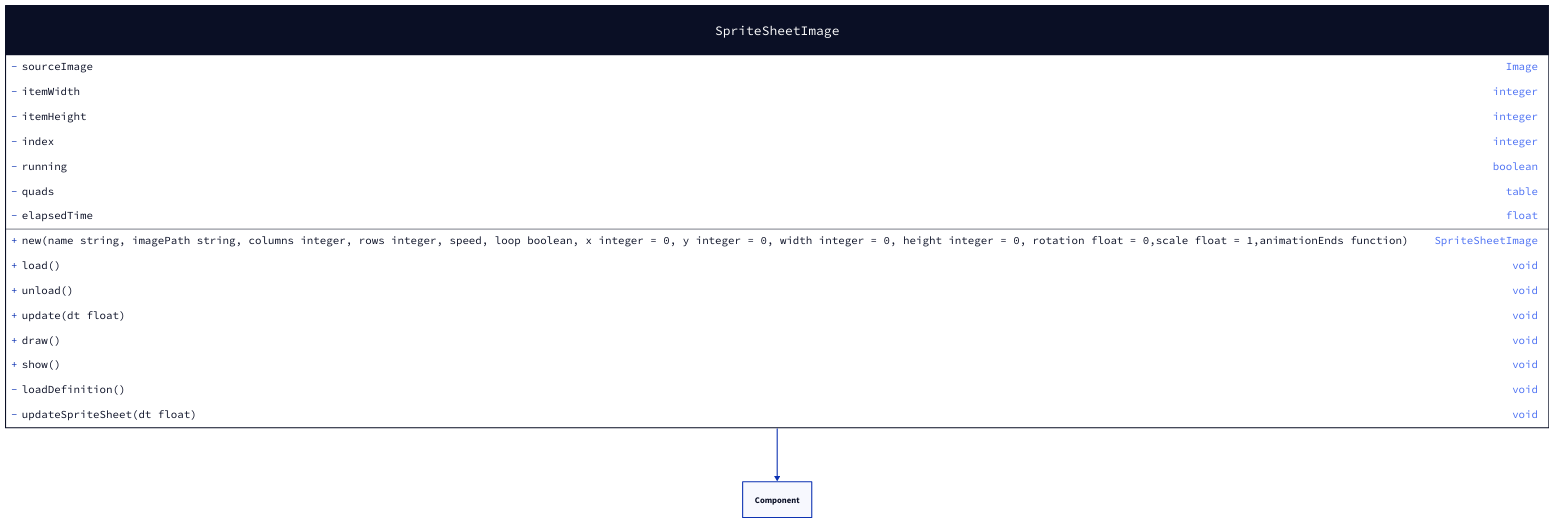
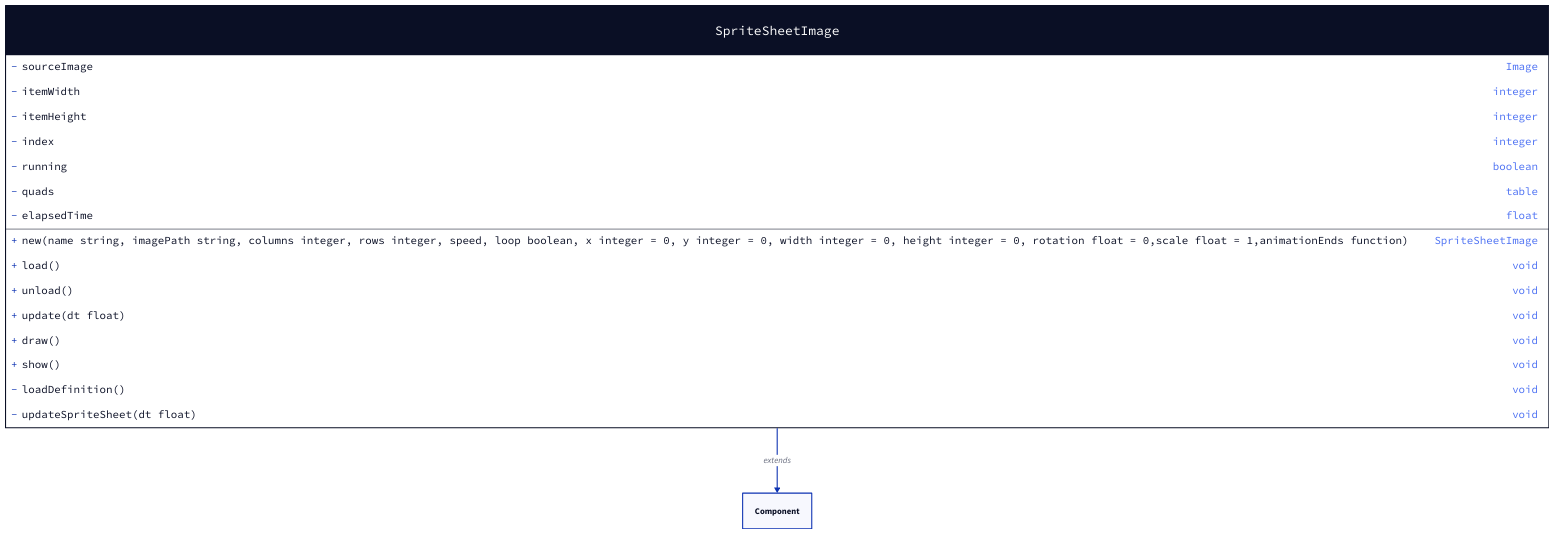
One commit to valcriss/gamingcampus-m1-lua-battletank changed the diagram in docs/sprite-sheet-image.d2. Above: the diagram before and after it, drawn with D2. The commit also changed 64 other files, not shown here.

```diff
--- a/docs/sprite-sheet-image.d2
+++ b/docs/sprite-sheet-image.d2
@@ -1,24 +1,24 @@
 SpriteSheetImage: {
   shape: class
 
   +new(name string, imagePath string, columns integer, rows integer, speed, loop boolean, x integer = 0, y integer = 0, width integer = 0, height integer = 0, rotation float = 0,scale float = 1,animationEnds function): SpriteSheetImage
 
   -sourceImage: Image
   -itemWidth: integer
   -itemHeight: integer
   -index: integer
   -running: boolean
   -quads: table
   -elapsedTime: float
 
   +load(): void
   +unload(): void
   +update(dt float): void
   +draw(): void
   +show(): void
 
   -loadDefinition(): void
   -updateSpriteSheet(dt float): void
 }
 
-SpriteSheetImage -> Component
+SpriteSheetImage -> Component: extends
```
